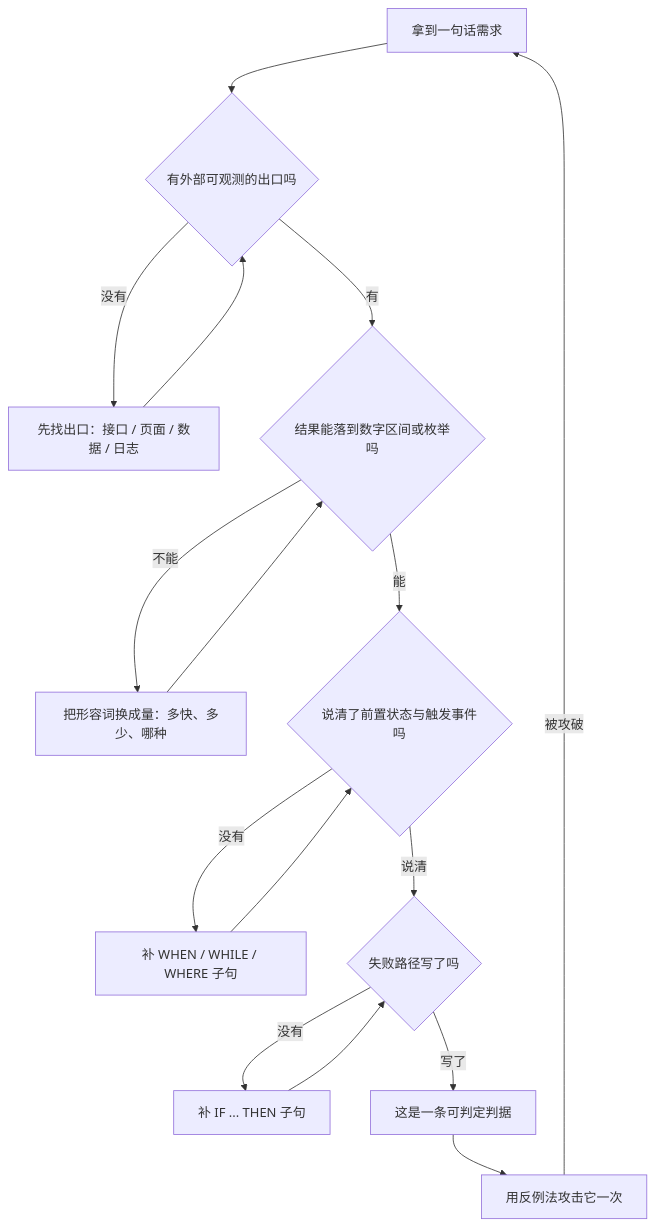
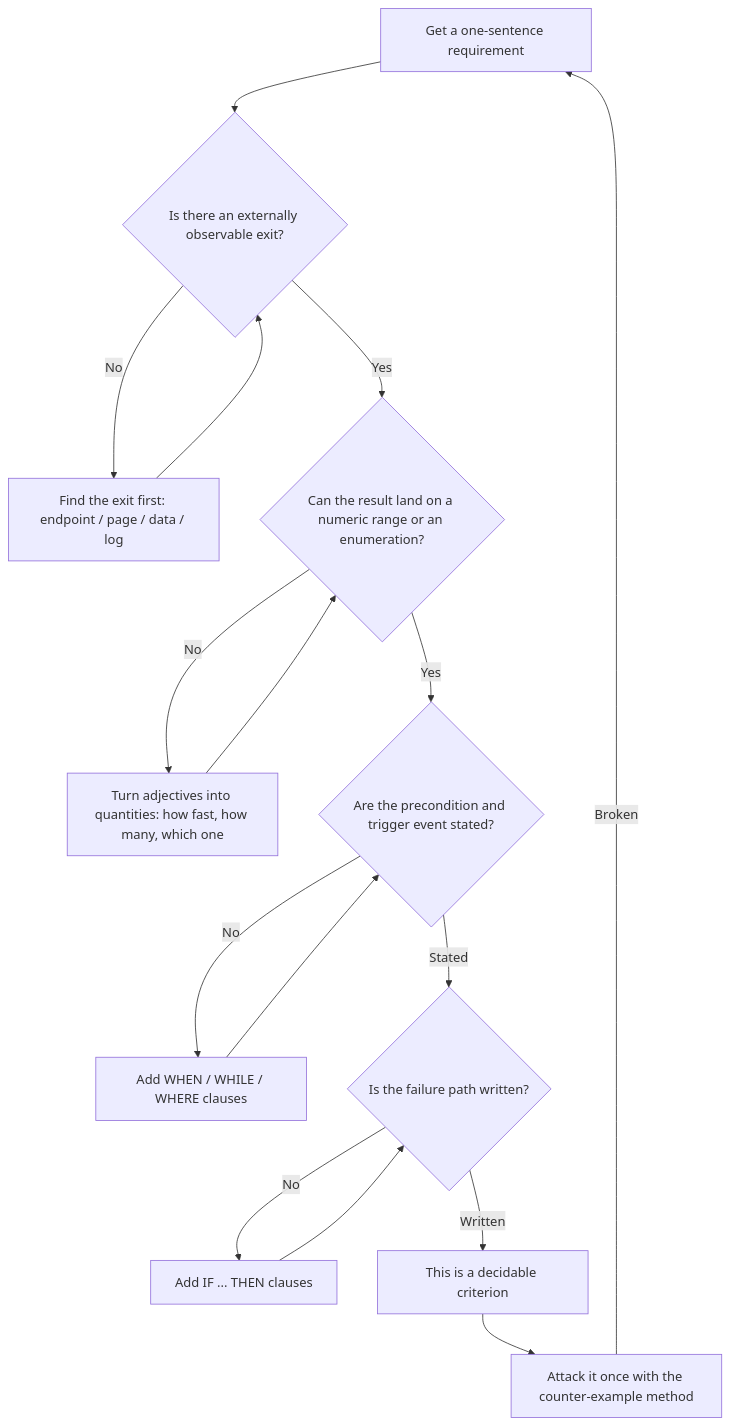
One commit to xzlxiao/vibe-coding-textbook changed the first of 2 diagrams in phase2/chapters/ch03-testability.md. Above: the diagram before and after it, drawn with Mermaid. The commit also changed other lines of this file and 15 other files, not shown here.

````diff
--- a/phase2/chapters/ch03-testability.md
+++ b/phase2/chapters/ch03-testability.md
@@ -78,18 +78,18 @@
 ```mermaid
 flowchart TD
-    A["拿到一句话需求"] --> B{"有外部可观测的出口吗"}
-    B -->|"没有"| B1["先找出口：接口 / 页面 / 数据 / 日志"]
+    A["Get a one-sentence requirement"] --> B{"Is there an externally observable exit?"}
+    B -->|"No"| B1["Find the exit first: endpoint / page / data / log"]
     B1 --> B
-    B -->|"有"| C{"结果能落到数字区间或枚举吗"}
-    C -->|"不能"| C1["把形容词换成量：多快、多少、哪种"]
+    B -->|"Yes"| C{"Can the result land on a numeric range or an enumeration?"}
+    C -->|"No"| C1["Turn adjectives into quantities: how fast, how many, which one"]
     C1 --> C
-    C -->|"能"| D{"说清了前置状态与触发事件吗"}
-    D -->|"没有"| D1["补 WHEN / WHILE / WHERE 子句"]
+    C -->|"Yes"| D{"Are the precondition and trigger event stated?"}
+    D -->|"No"| D1["Add WHEN / WHILE / WHERE clauses"]
     D1 --> D
-    D -->|"说清"| E{"失败路径写了吗"}
-    E -->|"没有"| E1["补 IF ... THEN 子句"]
+    D -->|"Stated"| E{"Is the failure path written?"}
+    E -->|"No"| E1["Add IF ... THEN clauses"]
     E1 --> E
-    E -->|"写了"| F["这是一条可判定判据"]
-    F --> G["用反例法攻击它一次"]
-    G -->|"被攻破"| A
+    E -->|"Written"| F["This is a decidable criterion"]
+    F --> G["Attack it once with the counter-example method"]
+    G -->|"Broken"| A
 ```
````
